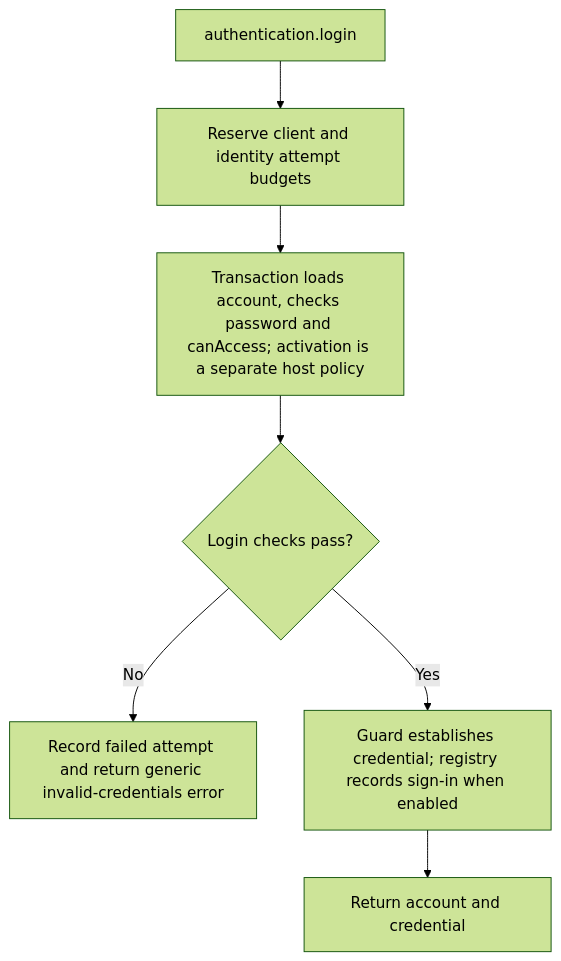
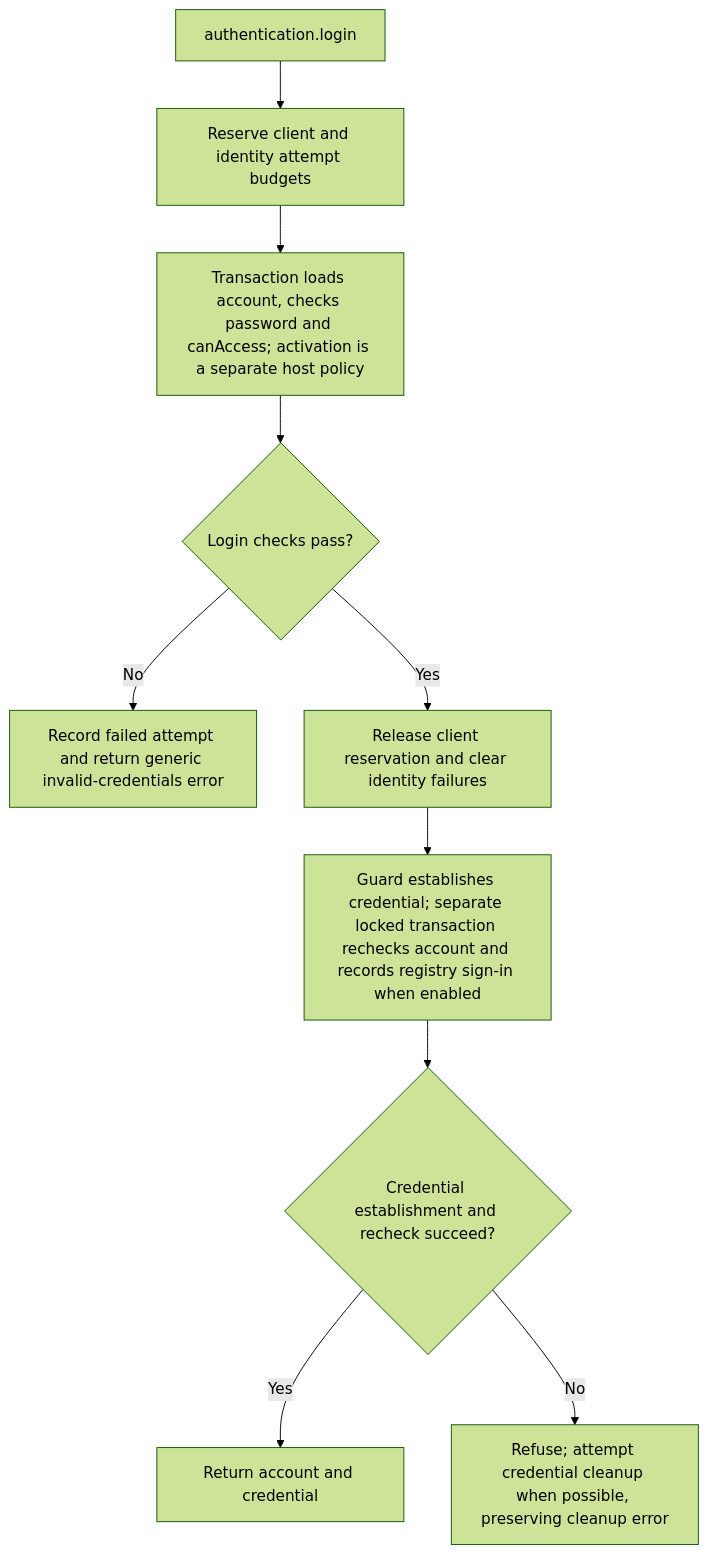
The second of 2 diagrams in user-stories/US-ACCOUNT-03-sign-in.md (Kevinjohn/oss-adonisjs-account-kit), drawn with Mermaid (forest theme) before and after one commit. The commit also changed other lines of this file and 43 other files, not shown here.

````diff
--- a/user-stories/US-ACCOUNT-03-sign-in.md
+++ b/user-stories/US-ACCOUNT-03-sign-in.md
@@ -30,9 +32,12 @@
 ```mermaid
 flowchart TD
  A["authentication.login"] --> B["Reserve client and identity attempt budgets"]
  B --> C["Transaction loads account, checks password and canAccess; activation is a separate host policy"]
  C --> D{"Login checks pass?"}
  D -->|No| E["Record failed attempt and return generic invalid-credentials error"]
- D -->|Yes| F["Guard establishes credential; registry records sign-in when enabled"]
- F --> G["Return account and credential"]
+ D -->|Yes| R["Release client reservation and clear identity failures"]
+ R --> F["Guard establishes credential; separate locked transaction rechecks account and records registry sign-in when enabled"]
+ F --> H{"Credential establishment and recheck succeed?"}
+ H -->|Yes| G["Return account and credential"]
+ H -->|No| I["Refuse; attempt credential cleanup when possible, preserving cleanup error"]
 ```
````
